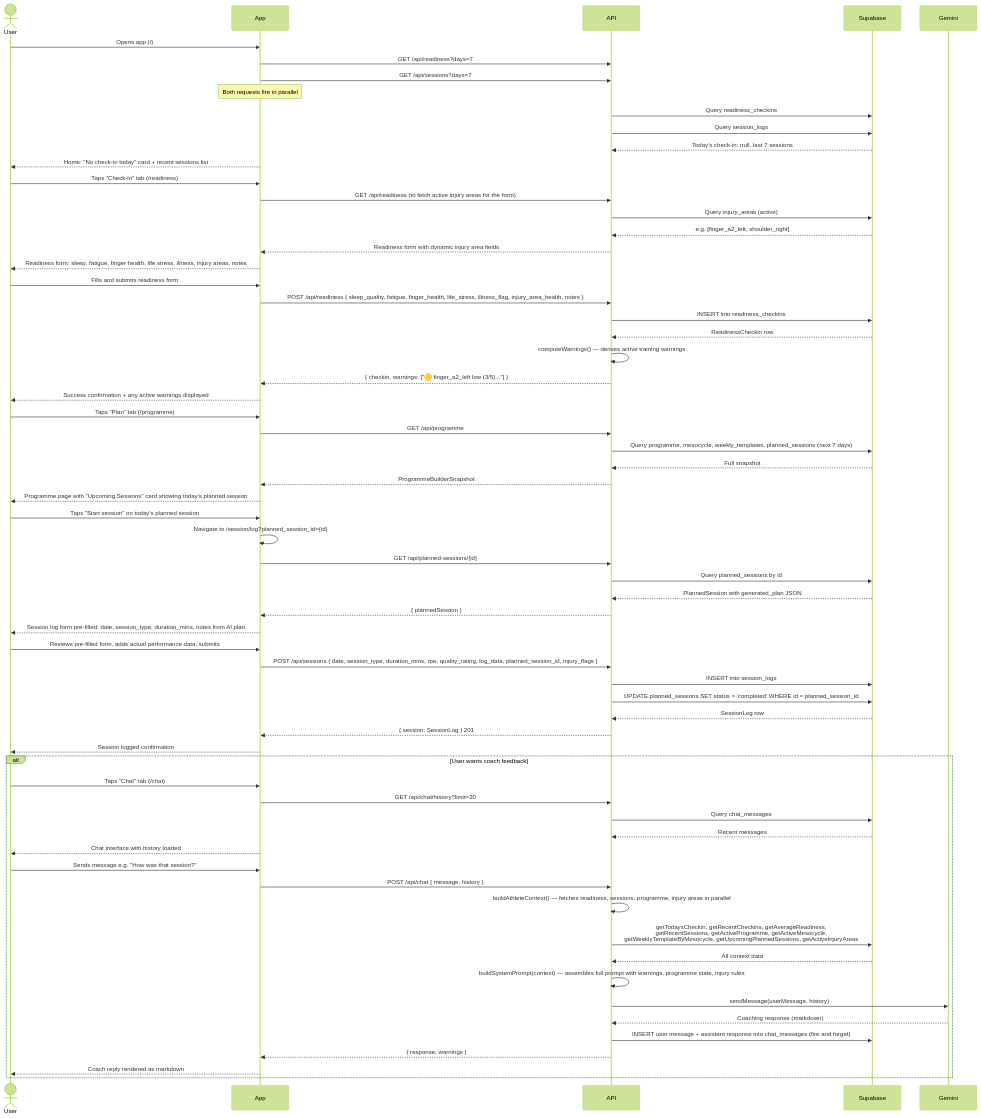
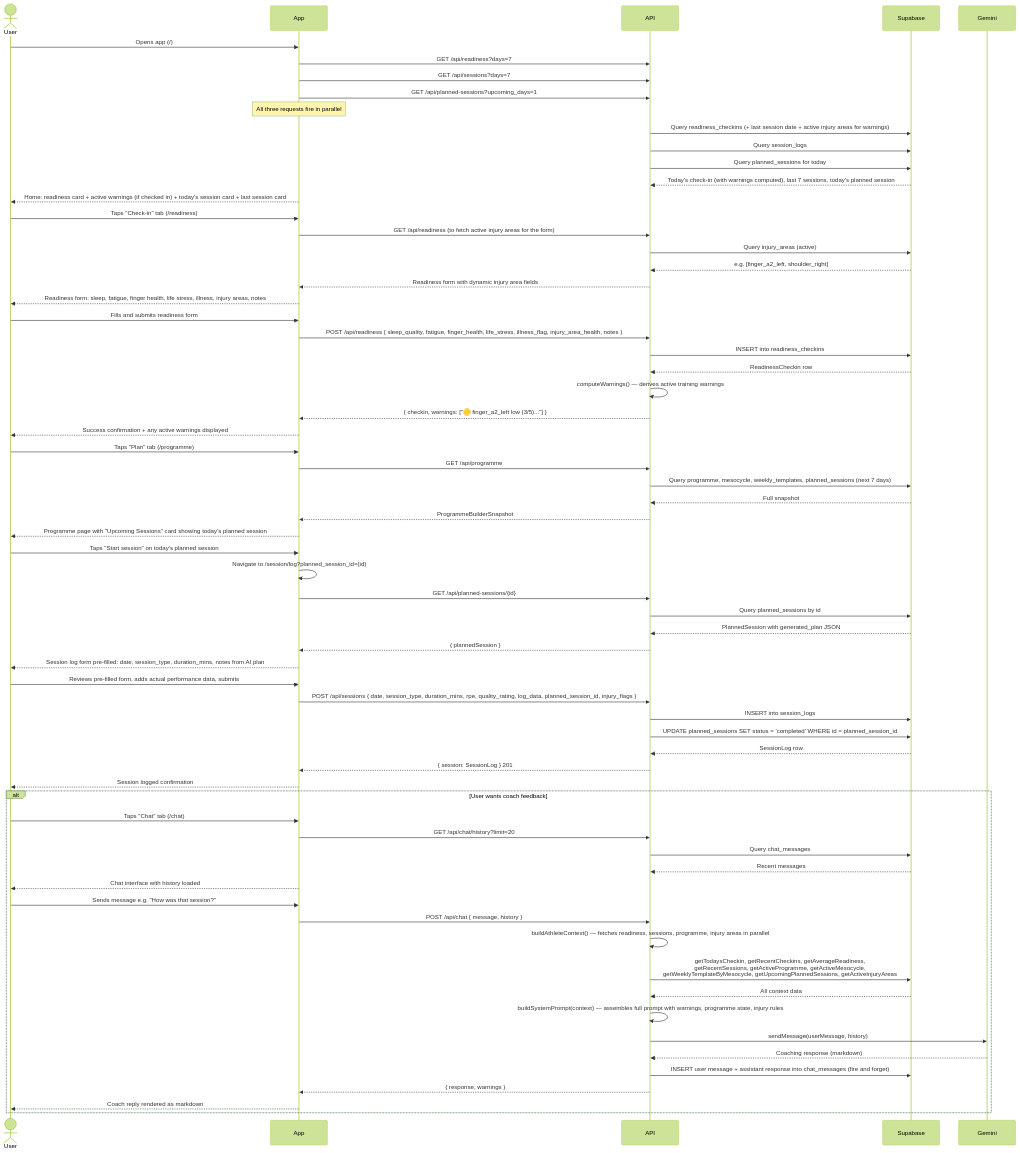
Before and after one commit to quzle/climbing-coach: the diagram in docs/ux/02-daily-training-loop.md, drawn with Mermaid (forest theme). The commit also changed other lines of this file and 4 other files, not shown here.

````diff
--- a/docs/ux/02-daily-training-loop.md
+++ b/docs/ux/02-daily-training-loop.md
@@ -13,75 +13,77 @@
 ```mermaid
 sequenceDiagram
     actor User
     participant App
     participant API
     participant Supabase
     participant Gemini
 
     User->>App: Opens app (/)
     App->>API: GET /api/readiness?days=7
     App->>API: GET /api/sessions?days=7
-    Note over App: Both requests fire in parallel
-    API->>Supabase: Query readiness_checkins
+    App->>API: GET /api/planned-sessions?upcoming_days=1
+    Note over App: All three requests fire in parallel
+    API->>Supabase: Query readiness_checkins (+ last session date + active injury areas for warnings)
     API->>Supabase: Query session_logs
-    Supabase-->>API: Today's check-in: null, last 7 sessions
-    App-->>User: Home: "No check-in today" card + recent sessions list
+    API->>Supabase: Query planned_sessions for today
+    Supabase-->>API: Today's check-in (with warnings computed), last 7 sessions, today's planned session
+    App-->>User: Home: readiness card + active warnings (if checked in) + today's session card + last session card
 
     User->>App: Taps "Check-in" tab (/readiness)
     App->>API: GET /api/readiness (to fetch active injury areas for the form)
     API->>Supabase: Query injury_areas (active)
     Supabase-->>API: e.g. [finger_a2_left, shoulder_right]
     API-->>App: Readiness form with dynamic injury area fields
     App-->>User: Readiness form: sleep, fatigue, finger health, life stress, illness, injury areas, notes
 
     User->>App: Fills and submits readiness form
     App->>API: POST /api/readiness { sleep_quality, fatigue, finger_health, life_stress, illness_flag, injury_area_health, notes }
     API->>Supabase: INSERT into readiness_checkins
     Supabase-->>API: ReadinessCheckin row
     API->>API: computeWarnings() — derives active training warnings
     API-->>App: { checkin, warnings: ["🟡 finger_a2_left low (3/5)..."] }
     App-->>User: Success confirmation + any active warnings displayed
 
     User->>App: Taps "Plan" tab (/programme)
     App->>API: GET /api/programme
     API->>Supabase: Query programme, mesocycle, weekly_templates, planned_sessions (next 7 days)
     Supabase-->>API: Full snapshot
     API-->>App: ProgrammeBuilderSnapshot
     App-->>User: Programme page with "Upcoming Sessions" card showing today's planned session
 
     User->>App: Taps "Start session" on today's planned session
     App->>App: Navigate to /session/log?planned_session_id={id}
     App->>API: GET /api/planned-sessions/{id}
     API->>Supabase: Query planned_sessions by id
     Supabase-->>API: PlannedSession with generated_plan JSON
     API-->>App: { plannedSession }
     App-->>User: Session log form pre-filled: date, session_type, duration_mins, notes from AI plan
 
     User->>App: Reviews pre-filled form, adds actual performance data, submits
     App->>API: POST /api/sessions { date, session_type, duration_mins, rpe, quality_rating, log_data, planned_session_id, injury_flags }
     API->>Supabase: INSERT into session_logs
     API->>Supabase: UPDATE planned_sessions SET status = 'completed' WHERE id = planned_session_id
     Supabase-->>API: SessionLog row
     API-->>App: { session: SessionLog } 201
     App-->>User: Session logged confirmation
 
     alt User wants coach feedback
         User->>App: Taps "Chat" tab (/chat)
         App->>API: GET /api/chat/history?limit=20
         API->>Supabase: Query chat_messages
         Supabase-->>API: Recent messages
         App-->>User: Chat interface with history loaded
 
         User->>App: Sends message e.g. "How was that session?"
         App->>API: POST /api/chat { message, history }
         API->>API: buildAthleteContext() — fetches readiness, sessions, programme, injury areas in parallel
         API->>Supabase: getTodaysCheckin, getRecentCheckins, getAverageReadiness,<br/>getRecentSessions, getActiveProgramme, getActiveMesocycle,<br/>getWeeklyTemplateByMesocycle, getUpcomingPlannedSessions, getActiveInjuryAreas
         Supabase-->>API: All context data
         API->>API: buildSystemPrompt(context) — assembles full prompt with warnings, programme state, injury rules
         API->>Gemini: sendMessage(userMessage, history)
         Gemini-->>API: Coaching response (markdown)
         API->>Supabase: INSERT user message + assistant response into chat_messages (fire and forget)
         API-->>App: { response, warnings }
         App-->>User: Coach reply rendered as markdown
     end
 ```
````
